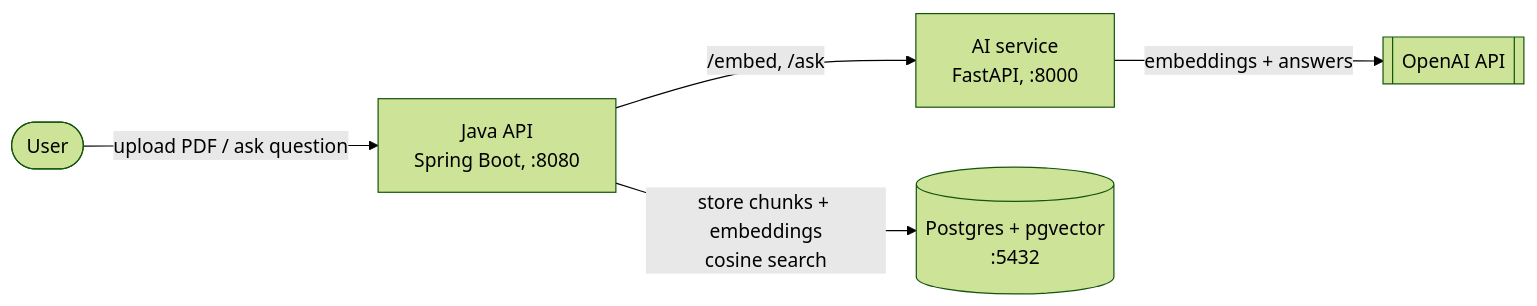
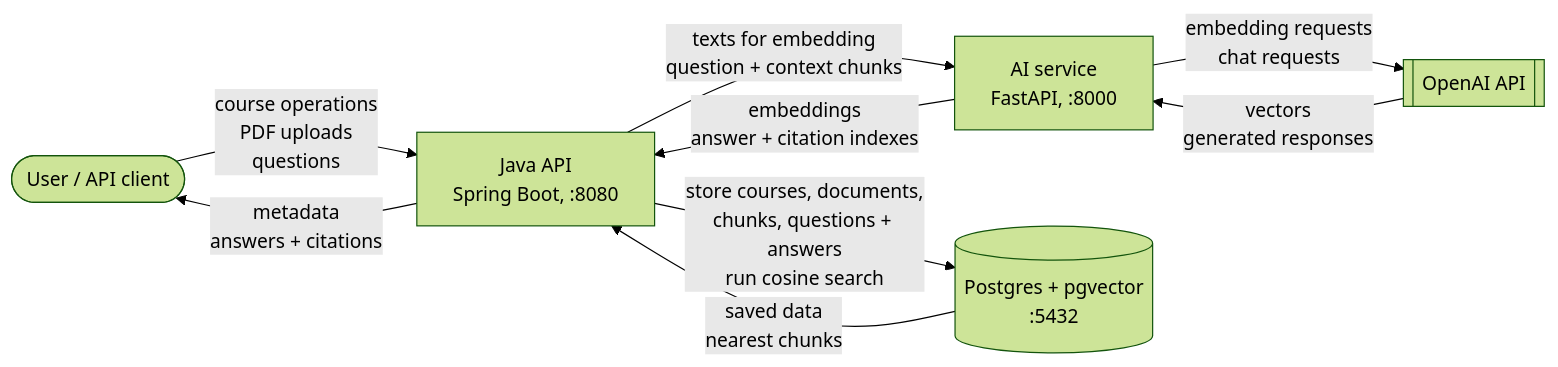
The diagram in README.md (achraf-hh/notestream), drawn with Mermaid (forest theme) before and after one commit. The commit also changed 2 other files, not shown here.

Commit message:
Fix document ingestion and architecture diagram

````diff
--- a/README.md
+++ b/README.md
@@ -9,13 +9,20 @@
 ```mermaid
 flowchart LR
-    user([User])
+    user([User / API client])
     api["Java API<br/>Spring Boot, :8080"]
     ai["AI service<br/>FastAPI, :8000"]
     db[("Postgres + pgvector<br/>:5432")]
     openai[["OpenAI API"]]
 
-    user -->|upload PDF / ask question| api
-    api -->|store chunks + embeddings<br/>cosine search| db
-    api -->|/embed, /ask| ai
-    ai -->|embeddings + answers| openai
+    user -->|course operations<br/>PDF uploads<br/>questions| api
+    api -->|metadata<br/>answers + citations| user
+
+    api -->|store courses, documents,<br/>chunks, questions + answers<br/>run cosine search| db
+    db -->|saved data<br/>nearest chunks| api
+
+    api -->|texts for embedding<br/>question + context chunks| ai
+    ai -->|embeddings<br/>answer + citation indexes| api
+
+    ai -->|embedding requests<br/>chat requests| openai
+    openai -->|vectors<br/>generated responses| ai
 ```
````
